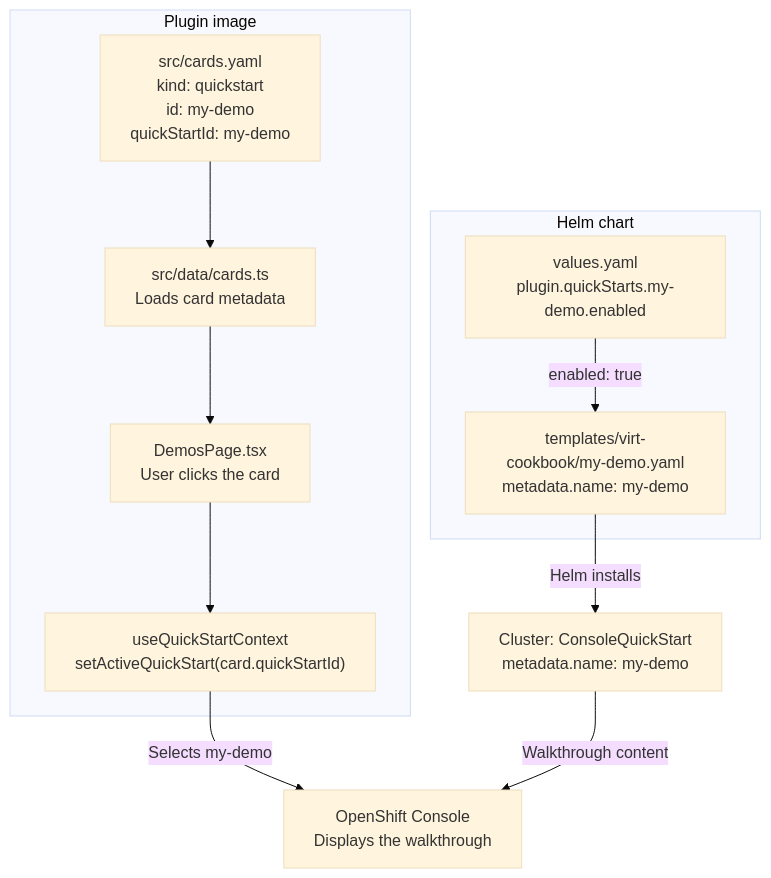
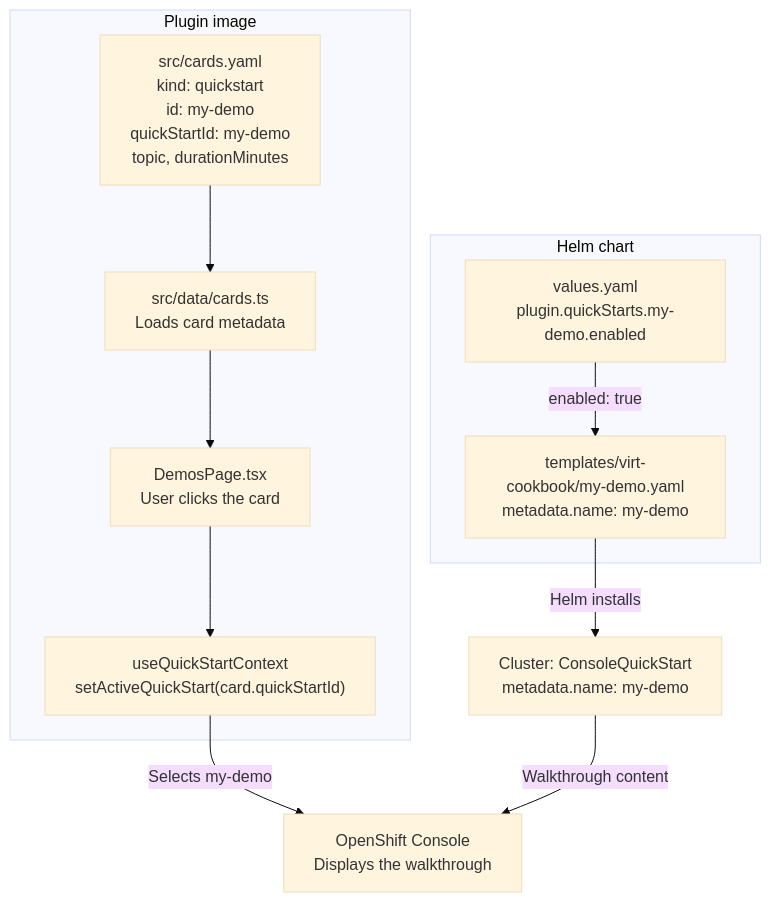
One commit to redhat-openshift-partner-labs/console-plugin changed the diagram in how-to-create-consolequickstart-demo.md. Above: the diagram before and after it, drawn with Mermaid (base theme). The commit also changed other lines of this file and 3 other files, not shown here.

First line of the commit message:
docs: describe card topic and duration fields

````diff
--- a/how-to-create-consolequickstart-demo.md
+++ b/how-to-create-consolequickstart-demo.md
@@ -11,20 +11,20 @@
 ```mermaid
 flowchart TB
     subgraph plugin["Plugin image"]
-        card["src/cards.yaml<br/>kind: quickstart<br/>id: my-demo<br/>quickStartId: my-demo"]
+        card["src/cards.yaml<br/>kind: quickstart<br/>id: my-demo<br/>quickStartId: my-demo<br/>topic, durationMinutes"]
         loader["src/data/cards.ts<br/>Loads card metadata"]
         gallery["DemosPage.tsx<br/>User clicks the card"]
         launch["useQuickStartContext<br/>setActiveQuickStart(card.quickStartId)"]
         card --> loader --> gallery --> launch
     end
 
     subgraph chart["Helm chart"]
         values["values.yaml<br/>plugin.quickStarts.my-demo.enabled"]
         manifest["templates/virt-cookbook/my-demo.yaml<br/>metadata.name: my-demo"]
         values -->|"enabled: true"| manifest
     end
 
     manifest -->|"Helm installs"| resource["Cluster: ConsoleQuickStart<br/>metadata.name: my-demo"]
     launch -->|"Selects my-demo"| console["OpenShift Console<br/>Displays the walkthrough"]
     resource -->|"Walkthrough content"| console
 ```
````
